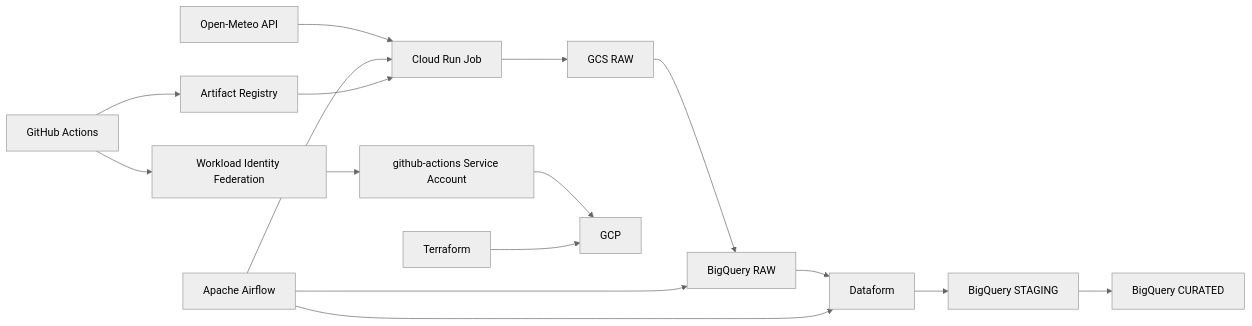
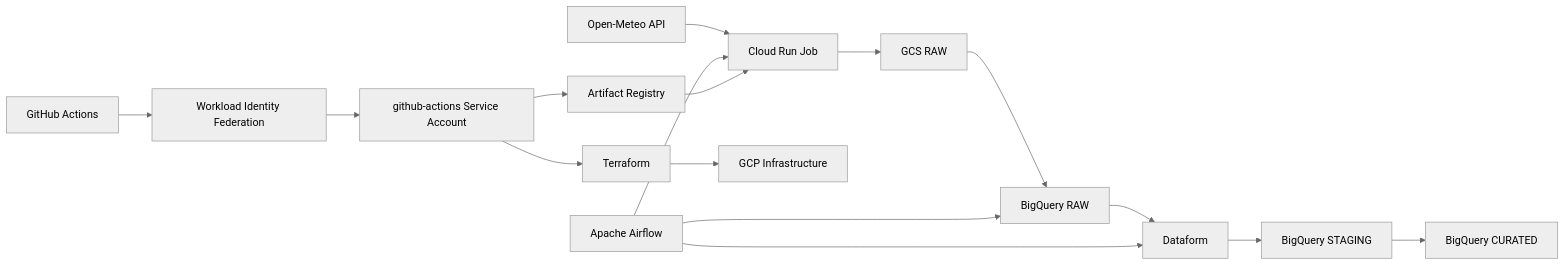
One commit to Maugun/gcp-weather-data-platform changed the diagram in README.md. Above: the diagram before and after it, drawn with Mermaid (neutral theme). The commit also changed other lines of this file and 2 other files, not shown here.

Commit message:
feat: add GitHub Actions Cloud Run permissions

````diff
--- a/README.md
+++ b/README.md
@@ -11,23 +11,23 @@
 ```mermaid
 flowchart LR
     API[Open-Meteo API] --> CR[Cloud Run Job]
     CR --> GCS[GCS RAW]
     GCS --> BQRAW[BigQuery RAW]
 
     BQRAW --> DF[Dataform]
     DF --> STG[BigQuery STAGING]
     STG --> CUR[BigQuery CURATED]
 
     AF[Apache Airflow] --> CR
     AF --> BQRAW
     AF --> DF
 
     GH[GitHub Actions] --> WIF[Workload Identity Federation]
-    WIF --> SA[github-actions Service Account]
-    SA --> GCP[GCP]
+    WIF --> GHA[github-actions Service Account]
 
-    GH --> AR[Artifact Registry]
+    GHA --> AR[Artifact Registry]
+    GHA --> TF[Terraform]
+    TF --> GCP[GCP Infrastructure]
+
     AR --> CR
-
-    TF[Terraform] --> GCP
 ```
````
